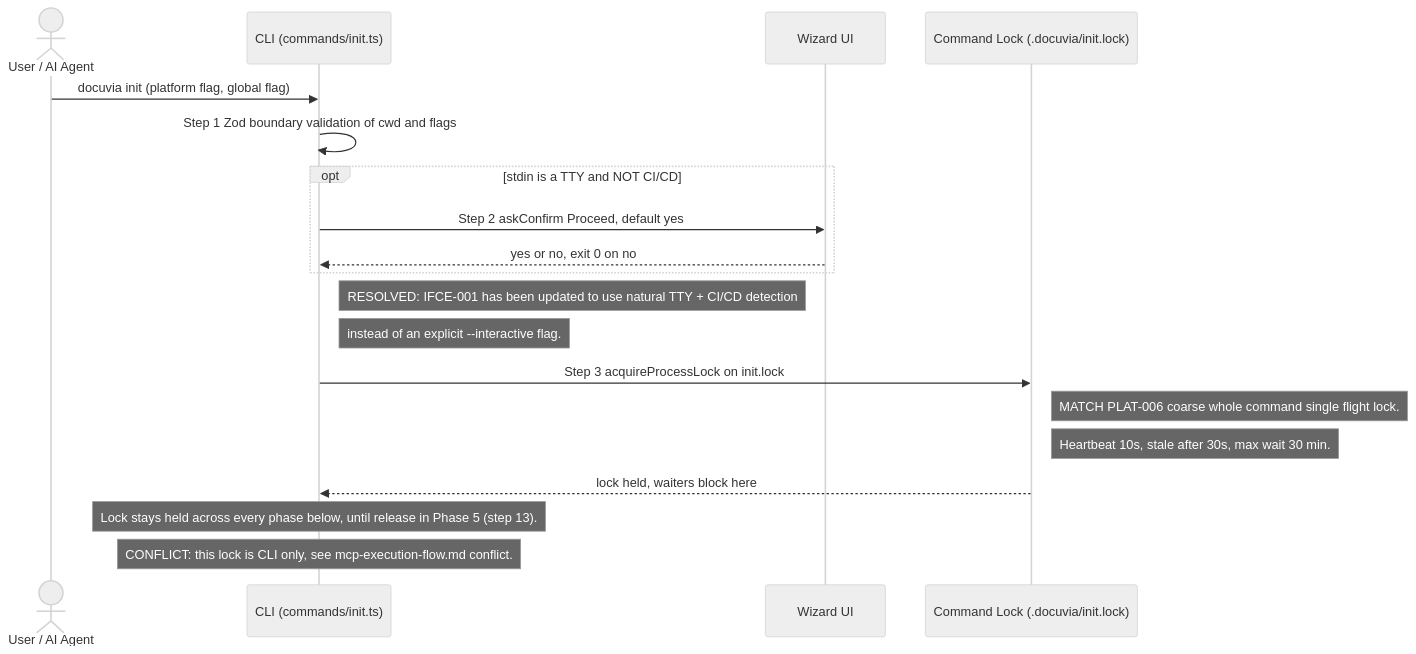
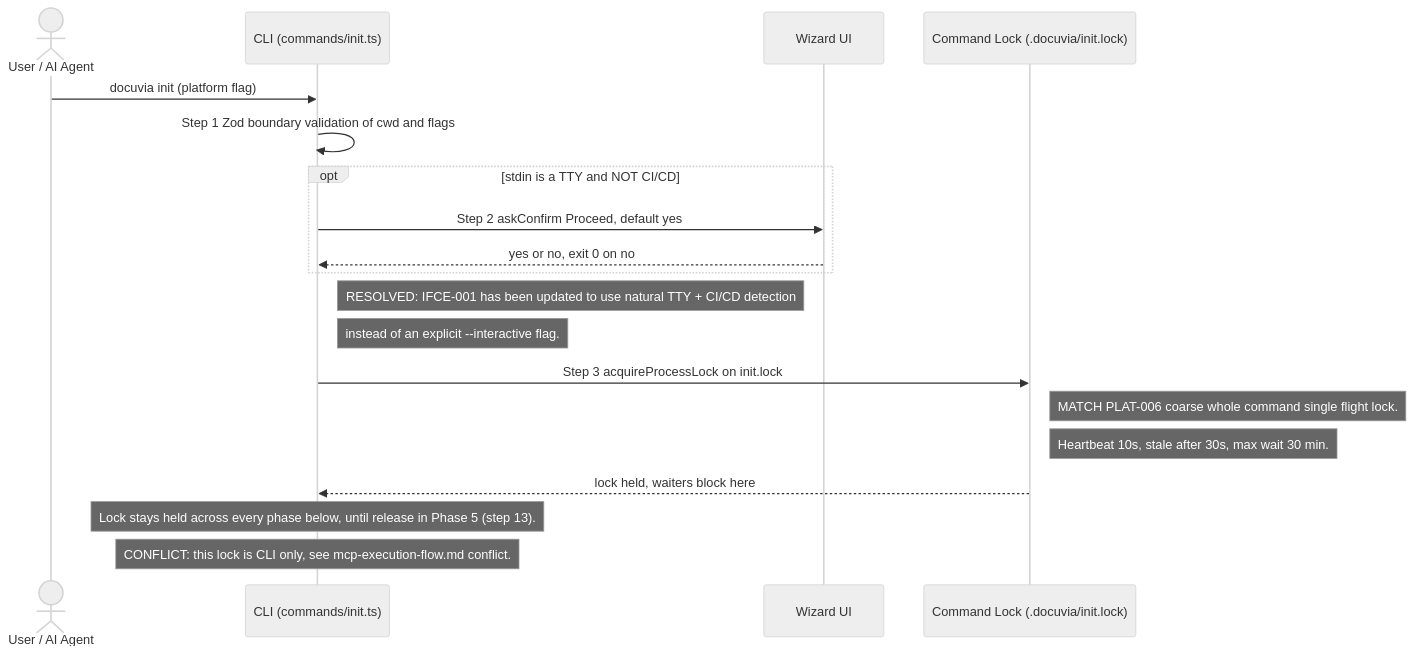
The first of 6 diagrams in docs/gitbook/workflows/init-execution-flow.md (dyphn1/Docuvia), drawn with Mermaid (neutral theme) before and after one commit. The commit also changed other lines of this file and 18 other files, not shown here.

````diff
--- a/docs/gitbook/workflows/init-execution-flow.md
+++ b/docs/gitbook/workflows/init-execution-flow.md
@@ -23,24 +23,24 @@
 ```mermaid
 sequenceDiagram
     actor User as User / AI Agent
     participant CLI as CLI (commands/init.ts)
     participant Wizard as Wizard UI
     participant Lock as Command Lock (.docuvia/init.lock)
 
-    User->>CLI: docuvia init (platform flag, global flag)
+    User->>CLI: docuvia init (platform flag)
     CLI->>CLI: Step 1 Zod boundary validation of cwd and flags
 
     opt stdin is a TTY and NOT CI/CD
         CLI->>Wizard: Step 2 askConfirm Proceed, default yes
         Wizard-->>CLI: yes or no, exit 0 on no
     end
     Note right of CLI: RESOLVED: IFCE-001 has been updated to use natural TTY + CI/CD detection
     Note right of CLI: instead of an explicit --interactive flag.
 
     CLI->>Lock: Step 3 acquireProcessLock on init.lock
     Note right of Lock: MATCH PLAT-006 coarse whole command single flight lock.
     Note right of Lock: Heartbeat 10s, stale after 30s, max wait 30 min.
     Lock-->>CLI: lock held, waiters block here
     Note over CLI: Lock stays held across every phase below, until release in Phase 5 (step 13).
     Note over CLI: CONFLICT: this lock is CLI only, see mcp-execution-flow.md conflict.
 ```
````
